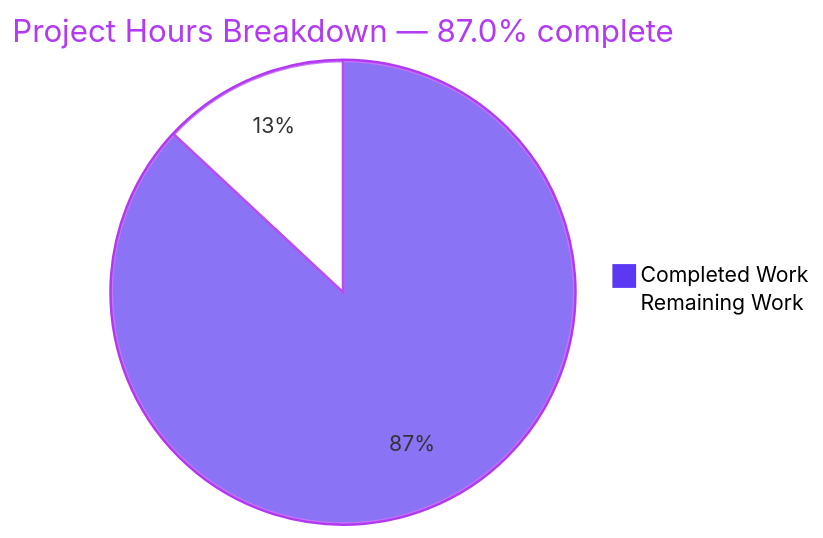
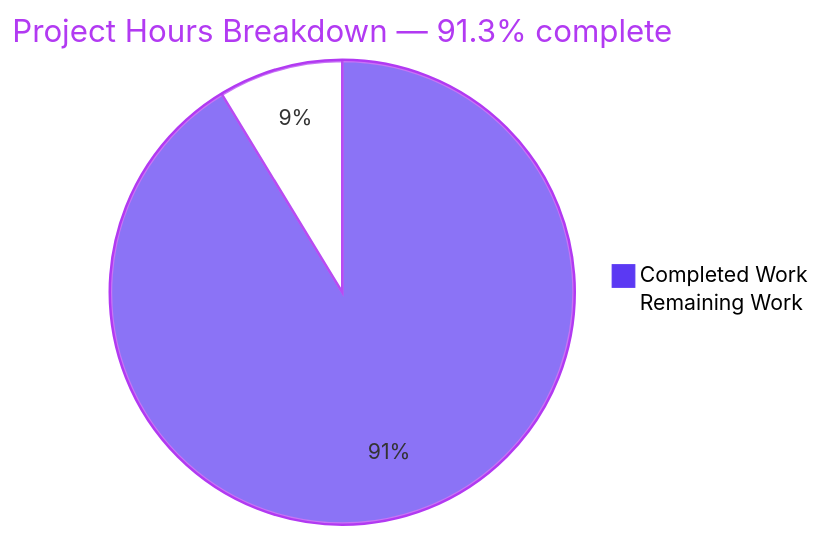
Before and after one commit to blitzy-build-in-public/10-16---bar-build-in-public4-df26ee6f: the second of 3 diagrams in blitzy/documentation/Project Guide - fbbdc177-7d83-4ffc-8794-d5f912292052.md, drawn with Mermaid. The commit also changed other lines of this file, not shown here.

Commit message:
Adding Blitzy Project Guide: Project Status and Human Tasks Remaining

````diff
--- a/blitzy/documentation/Project Guide - fbbdc177-7d83-4ffc-8794-d5f912292052.md
+++ b/blitzy/documentation/Project Guide - fbbdc177-7d83-4ffc-8794-d5f912292052.md
@@ -192,6 +192,6 @@
 ```mermaid
 %%{init: {"themeVariables": {"pie1": "#5B39F3", "pie2": "#FFFFFF", "pieStrokeColor": "#B23AF2", "pieOuterStrokeColor": "#B23AF2", "pieTitleTextColor": "#B23AF2"}}}%%
-pie title Project Hours Breakdown — 87.0% complete
-    "Completed Work" : 40
-    "Remaining Work" : 6
+pie title Project Hours Breakdown — 91.3% complete
+    "Completed Work" : 42
+    "Remaining Work" : 4
 ```
````
